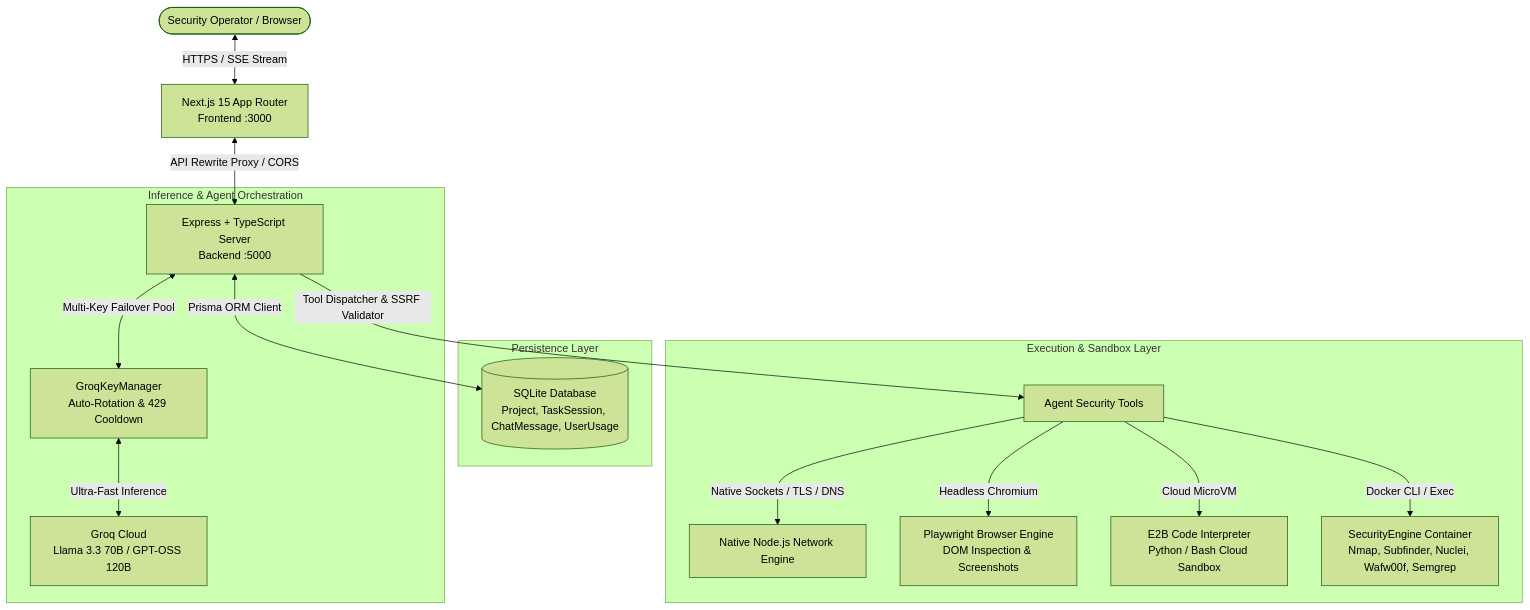
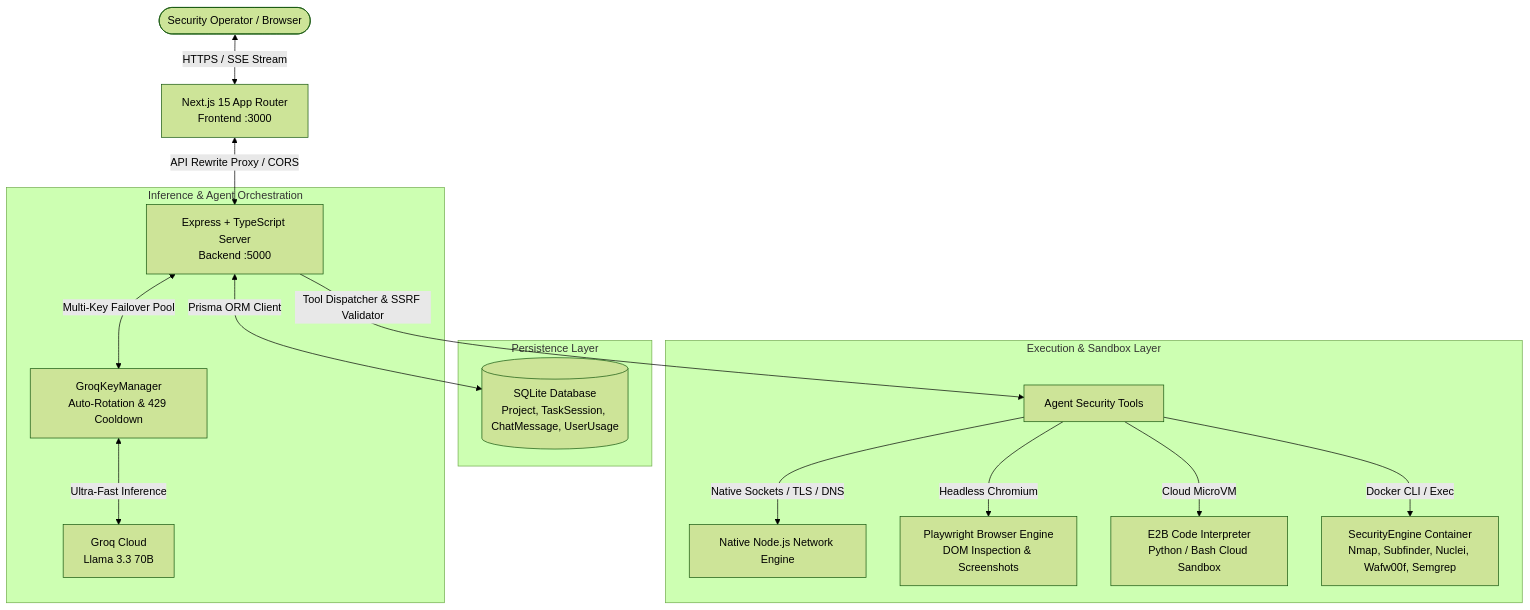
Before and after one commit to Aokiro112/Kairoo: the diagram in README.md, drawn with Mermaid (forest theme). The commit also changed other lines of this file and 7 other files, not shown here.

Commit message:
feat(models): completely remove GPT-OSS model from frontend, backend, and configs

````diff
--- a/README.md
+++ b/README.md
@@ -90,22 +90,22 @@
 ```mermaid
 graph TD
     User([Security Operator / Browser]) <-->|HTTPS / SSE Stream| Frontend[Next.js 15 App Router<br/>Frontend :3000]
     Frontend <-->|API Rewrite Proxy / CORS| Backend[Express + TypeScript Server<br/>Backend :5000]
 
     subgraph "Inference & Agent Orchestration"
         Backend <-->|Multi-Key Failover Pool| GroqManager[GroqKeyManager<br/>Auto-Rotation & 429 Cooldown]
-        GroqManager <-->|Ultra-Fast Inference| Groq[Groq Cloud<br/>Llama 3.3 70B / GPT-OSS 120B]
+        GroqManager <-->|Ultra-Fast Inference| Groq[Groq Cloud<br/>Llama 3.3 70B]
     end
 
     subgraph "Persistence Layer"
         Backend <-->|Prisma ORM Client| SQLite[(SQLite Database<br/>Project, TaskSession, ChatMessage, UserUsage)]
     end
 
     subgraph "Execution & Sandbox Layer"
         Backend -->|Tool Dispatcher & SSRF Validator| Tools[Agent Security Tools]
         Tools -->|Native Sockets / TLS / DNS| NativeEngine[Native Node.js Network Engine]
         Tools -->|Headless Chromium| Playwright[Playwright Browser Engine<br/>DOM Inspection & Screenshots]
         Tools -->|Cloud MicroVM| E2B[E2B Code Interpreter<br/>Python / Bash Cloud Sandbox]
         Tools -->|Docker CLI / Exec| DockerBox[SecurityEngine Container<br/>Nmap, Subfinder, Nuclei, Wafw00f, Semgrep]
     end
 ```
````
